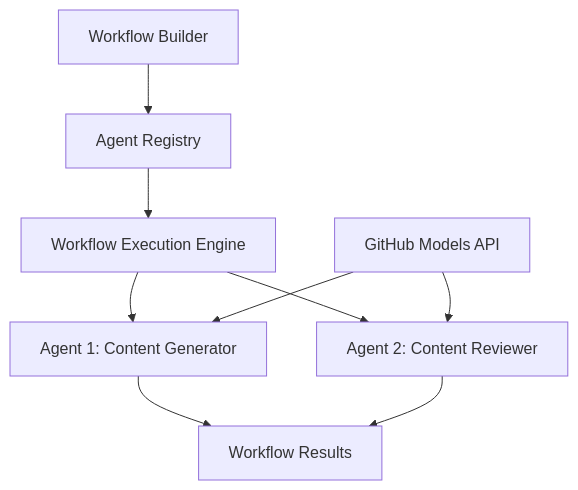
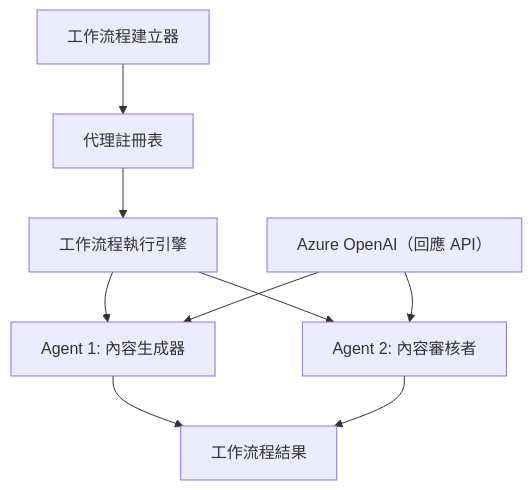
Before and after one commit to venturemavenwill/azureaifundamentals: the diagram in translations/zh-HK/08-multi-agent/code_samples/workflows-agent-framework/dotNET/01.dotnet-agent-framework-workflow-ghmodel-basic.md, drawn with Mermaid. The commit also changed other lines of this file and 4861 other files, not shown here.

````diff
--- a/translations/zh-HK/08-multi-agent/code_samples/workflows-agent-framework/dotNET/01.dotnet-agent-framework-workflow-ghmodel-basic.md
+++ b/translations/zh-HK/08-multi-agent/code_samples/workflows-agent-framework/dotNET/01.dotnet-agent-framework-workflow-ghmodel-basic.md
@@ -61,11 +64,11 @@
 ```mermaid
 graph TD
-    A[Workflow Builder] --> B[Agent Registry]
-    B --> C[Workflow Execution Engine]
-    C --> D[Agent 1: Content Generator]
-    C --> E[Agent 2: Content Reviewer] 
-    D --> F[Workflow Results]
+    A[工作流程建立器] --> B[代理註冊表]
+    B --> C[工作流程執行引擎]
+    C --> D[Agent 1: 內容生成器]
+    C --> E[Agent 2: 內容審核者] 
+    D --> F[工作流程結果]
     E --> F
-    G[GitHub Models API] --> D
+    G[Azure OpenAI（回應 API）] --> D
     G --> E
 ```
````
